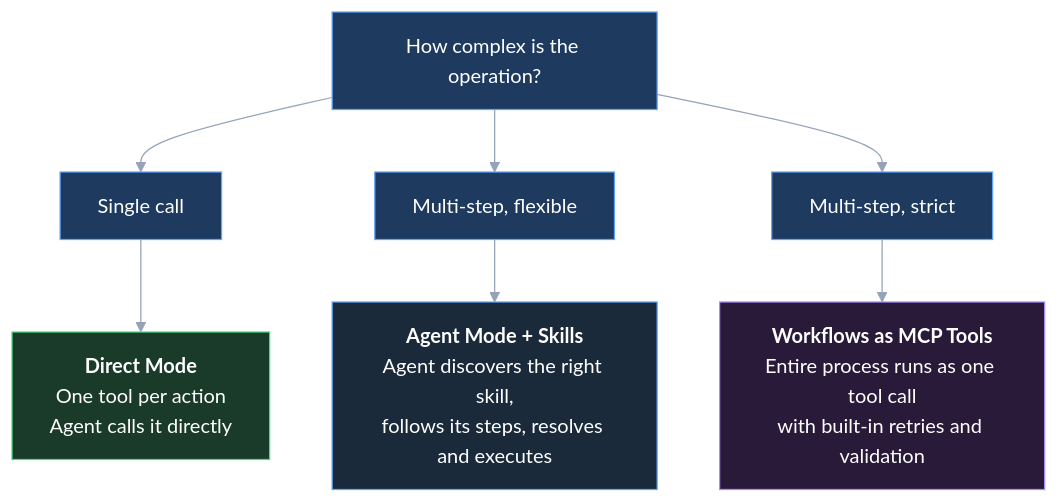
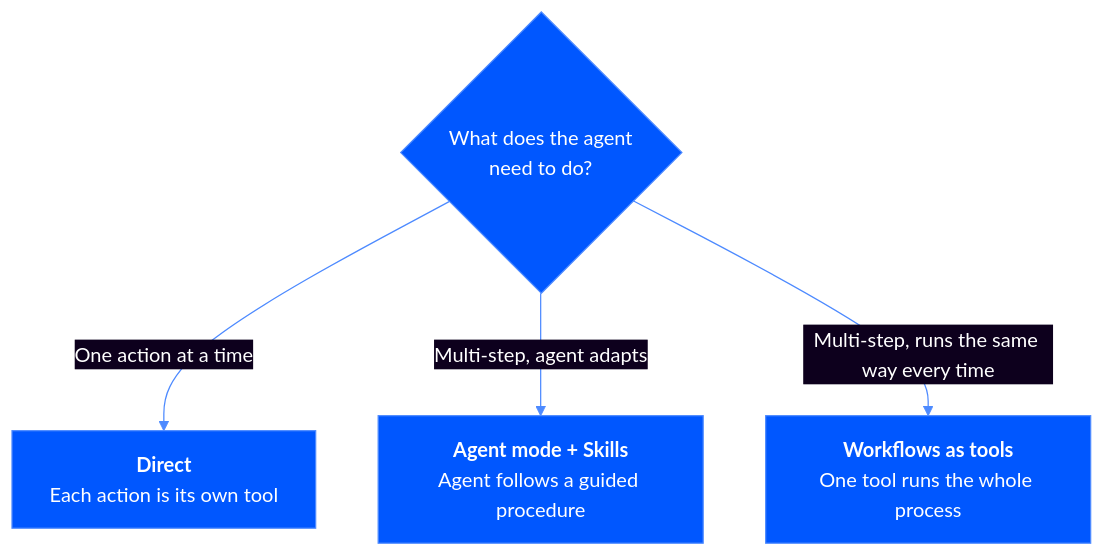
One commit to gocobalt/mintlify-docs changed the diagram in v3/mcp-ai-agents/overview/choose-your-pattern.mdx. Above: the diagram before and after it, drawn with Mermaid. The commit also changed other lines of this file and 24 other files, not shown here.

````diff
--- a/v3/mcp-ai-agents/overview/choose-your-pattern.mdx
+++ b/v3/mcp-ai-agents/overview/choose-your-pattern.mdx
@@ -8,19 +14,8 @@
 ```mermaid
-%%{init: {'theme':'base','themeVariables':{'primaryColor':'#1e3a5f','primaryTextColor':'#fff','primaryBorderColor':'#60a5fa','lineColor':'#94a3b8'}}}%%
+%%{init: {'theme':'base','themeVariables':{'primaryColor':'#0057FF','primaryTextColor':'#ffffff','primaryBorderColor':'#4D8AFF','lineColor':'#4D8AFF','secondaryColor':'#0D001D','tertiaryColor':'#0D001D','tertiaryTextColor':'#ffffff'}}}%%
 flowchart TD
-    Q["How complex is the operation?"] --> S1
-    Q --> S2
-    Q --> S3
-
-    S1["Single call"]
-    S2["Multi-step, flexible"]
-    S3["Multi-step, strict"]
-
-    S1 --> P1["<b>Direct Mode</b><br/>One tool per action<br/>Agent calls it directly"]
-    S2 --> P2["<b>Agent Mode + Skills</b><br/>Agent discovers the right skill,<br/>follows its steps, resolves and executes"]
-    S3 --> P3["<b>Workflows as MCP Tools</b><br/>Entire process runs as one tool call<br/>with built-in retries and validation"]
-
-    style P1 fill:#1a3a2a,stroke:#4ade80,color:#fff
-    style P2 fill:#1a2a3a,stroke:#60a5fa,color:#fff
-    style P3 fill:#2a1a3a,stroke:#a78bfa,color:#fff
+    Q{"What does the agent<br/>need to do?"}
+    Q -->|One action at a time| D["<b>Direct</b><br/>Each action is its own tool"]
+    Q -->|Multi-step, agent adapts| S["<b>Agent mode + Skills</b><br/>Agent follows a guided procedure"]
+    Q -->|Multi-step, runs the same way every time| W["<b>Workflows as tools</b><br/>One tool runs the whole process"]
 ```
````
